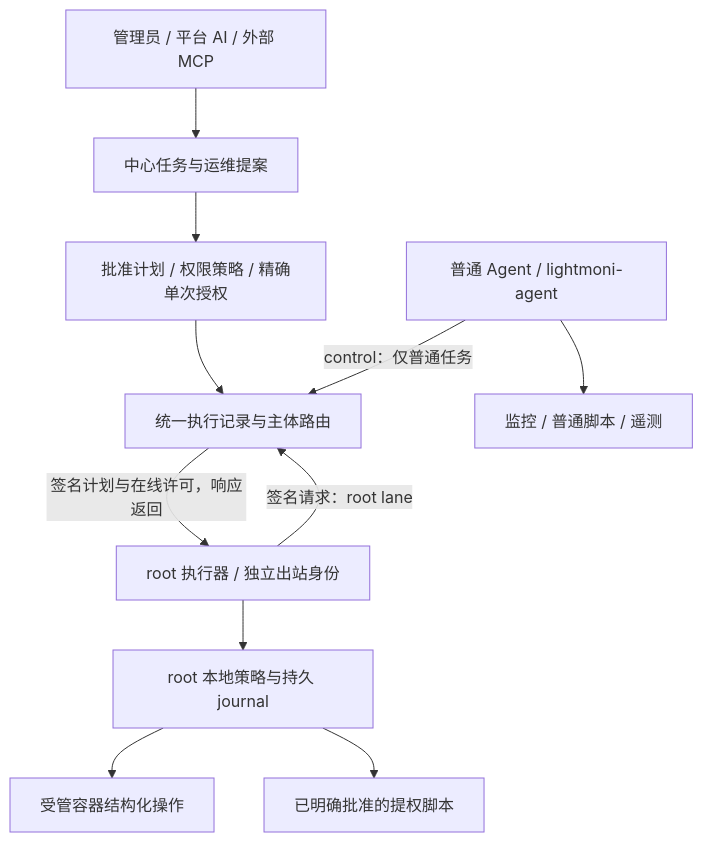
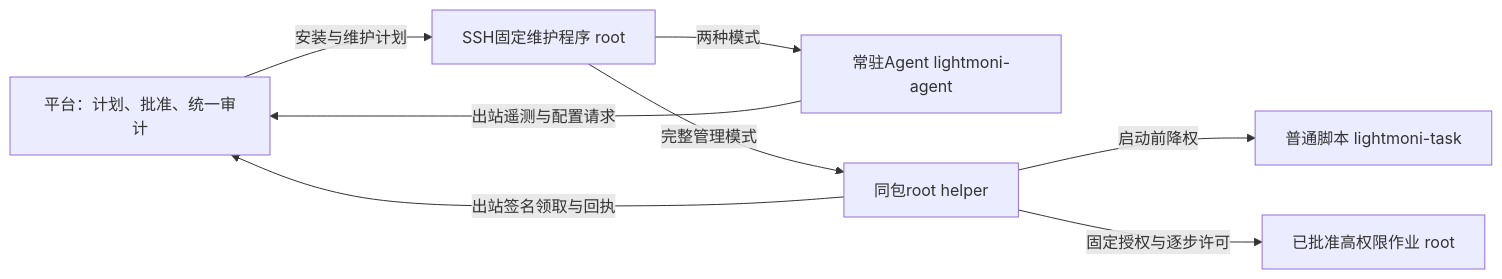
One commit to workhold/lightmoni changed the diagram in docs/privileged-executor.md. Above: the diagram before and after it, drawn with Mermaid. The commit also changed other lines of this file and 109 other files, not shown here.

````diff
--- a/docs/privileged-executor.md
+++ b/docs/privileged-executor.md
@@ -48,13 +25,16 @@
 ```mermaid
-flowchart TB
-  User[管理员 / 平台 AI / 外部 MCP] --> Task[中心任务与运维提案]
-  Task --> Auth[批准计划 / 权限策略 / 精确单次授权]
-  Auth --> Jobs[统一执行记录与主体路由]
-  Agent[普通 Agent / lightmoni-agent] -->|control：仅普通任务| Jobs
-  Executor[root 执行器 / 独立出站身份] -->|签名请求：root lane| Jobs
-  Jobs -->|签名计划与在线许可，响应返回| Executor
-  Agent --> Normal[监控 / 普通脚本 / 遥测]
-  Executor --> Policy[root 本地策略与持久 journal]
-  Policy --> Docker[受管容器结构化操作]
-  Policy --> Script[已明确批准的提权脚本]
+flowchart LR
+  C[平台：计划、批准、统一审计]
+  L[SSH固定维护程序 root]
+  A[常驻Agent lightmoni-agent]
+  H[同包root helper]
+  T[普通脚本 lightmoni-task]
+  R[已批准高权限作业 root]
+  C -->|安装与维护计划| L
+  L -->|两种模式| A
+  L -->|完整管理模式| H
+  A -->|出站遥测与配置请求| C
+  H -->|出站签名领取与回执| C
+  H -->|启动前降权| T
+  H -->|固定授权与逐步许可| R
 ```
````
